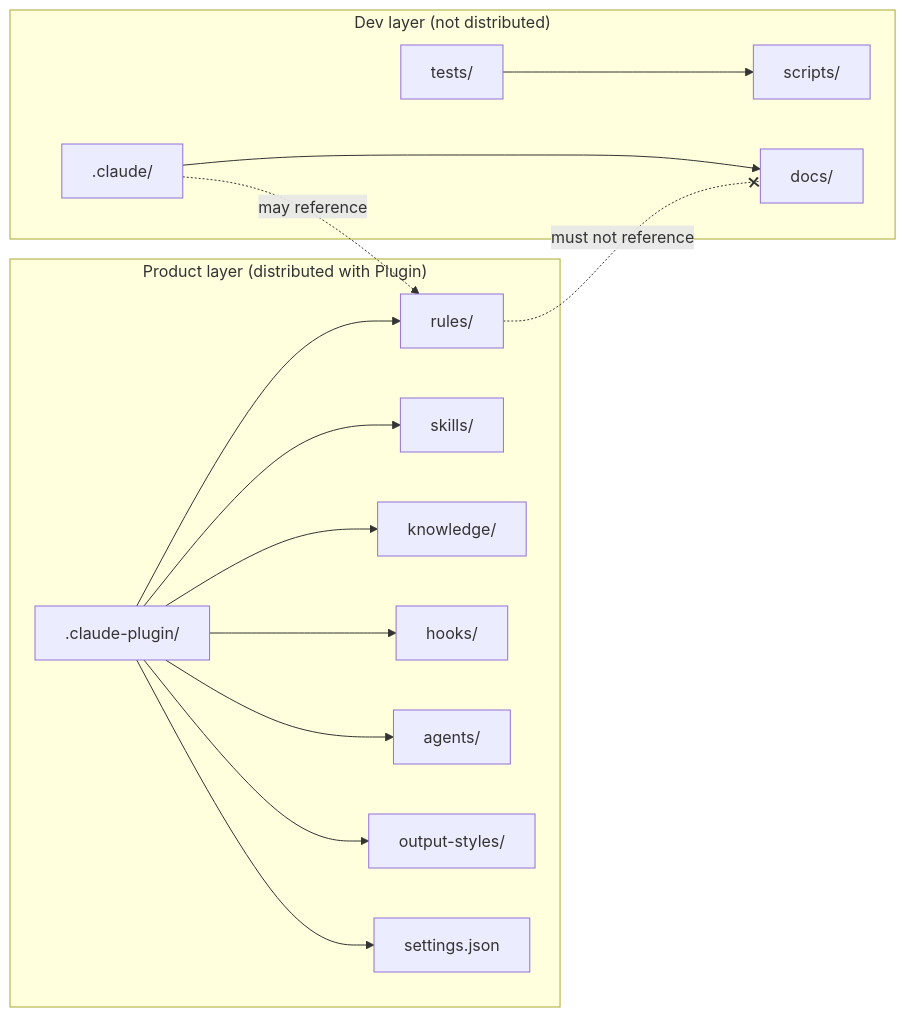
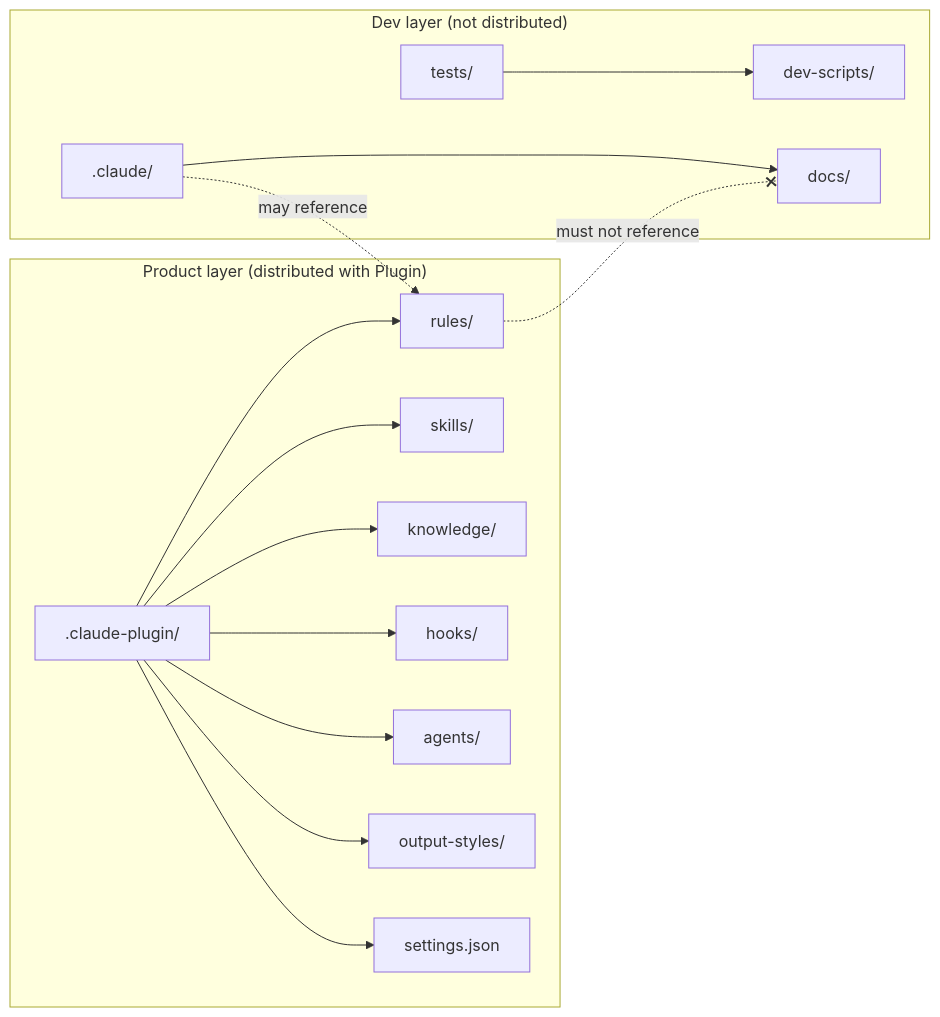
The first of 2 diagrams in CONTRIBUTING.md (arch-team/devpace), drawn with Mermaid before and after one commit. The commit also changed other lines of this file and 2 other files, not shown here.

Commit message:
fix(docs): 更新 CONTRIBUTING 和 PR 模板中的 scripts/ → dev-scripts/ 引用
上一次重构遗漏的文档引用修复。

````diff
--- a/CONTRIBUTING.md
+++ b/CONTRIBUTING.md
@@ -74,18 +74,18 @@
 ```mermaid
 graph LR
     subgraph "Product layer (distributed with Plugin)"
         Plugin[".claude-plugin/"] --> RulesP["rules/"]
         Plugin --> SkillsP["skills/"]
         Plugin --> KnowledgeP["knowledge/"]
         Plugin --> HooksP["hooks/"]
         Plugin --> AgentsP["agents/"]
         Plugin --> OutputStylesP["output-styles/"]
         Plugin --> SettingsP["settings.json"]
     end
     subgraph "Dev layer (not distributed)"
         ClaudeDir[".claude/"] --> Docs["docs/"]
-        Tests["tests/"] --> Scripts["scripts/"]
+        Tests["tests/"] --> Scripts["dev-scripts/"]
     end
     ClaudeDir -.->|"may reference"| RulesP
     RulesP -.-x|"must not reference"| Docs
 ```
````
